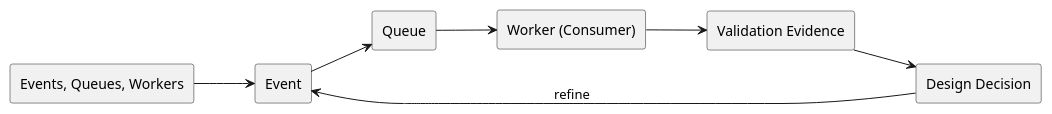
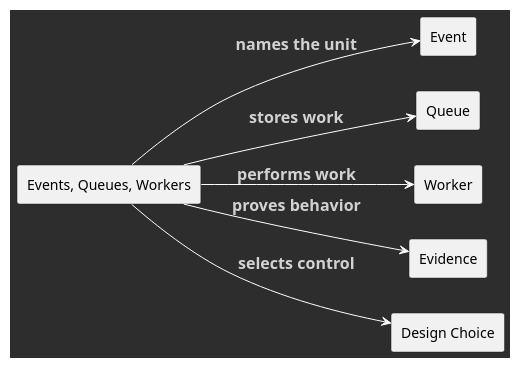
Before and after one commit to madajaju/CS5254: the first of 11 diagrams in doc/lectures/week9/events_queues/README.slides.adoc, drawn with PlantUML. The commit also changed other lines of this file and 20 other files, not shown here.

```diff
--- a/doc/lectures/week9/events_queues/README.slides.adoc
+++ b/doc/lectures/week9/events_queues/README.slides.adoc
@@ -70,22 +12,31 @@
-[plantuml, target=architecture, format=svg, width=80%]
+[plantuml,width=100%]
 ----
 @startuml
 skinparam monochrome true
 skinparam shadowing false
+skinparam backgroundColor #123456
+skinparam defaultFontColor black
+skinparam ArrowColor white
+skinparam ArrowFontColor #ffd166
+skinparam ArrowFontStyle bold
+skinparam ArrowFontSize 16
+skinparam objectBorderColor #123456
+skinparam objectBackgroundColor white
+skinparam objectFontColor black
+skinparam defaultBorderColor #123456
 left to right direction
 
-rectangle "Events, Queues, Workers" as Topic
-rectangle "Event" as A
-rectangle "Queue" as B
-rectangle "Worker (Consumer)" as C
-rectangle "Validation Evidence" as V
-rectangle "Design Decision" as D
+rectangle "Events, Queues, Workers" as T
+rectangle "Event" as E
+rectangle "Queue" as Q
+rectangle "Worker" as W
+rectangle "Evidence" as V
+rectangle "Design Choice" as D
 
-Topic --> A
-A --> B
-B --> C
-C --> V
-V --> D
-D --> A : refine
+T --> E : names the unit
+T --> Q : stores work
+T --> W : performs work
+T --> V : proves behavior
+T --> D : selects control
 @enduml
 ----
```
